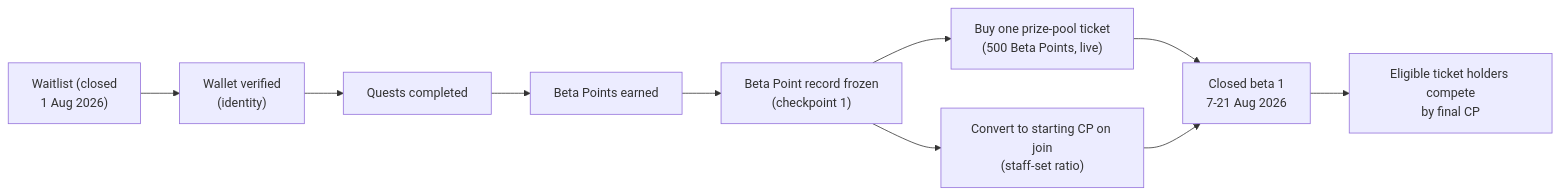
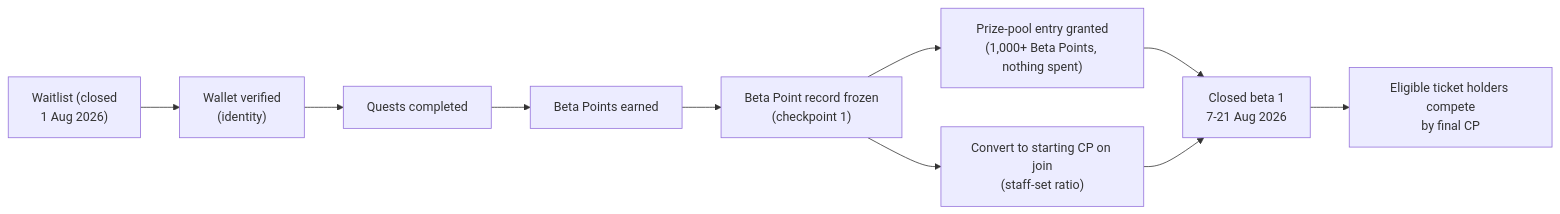
The diagram in docs/waitlist.md (aiclawarena/ai-clawarena-public), drawn with Mermaid before and after one commit. The commit also changed other lines of this file and 2 other files, not shown here.

First line of the commit message:
docs: prize-pool entry is granted at a point threshold, not bought

````diff
--- a/docs/waitlist.md
+++ b/docs/waitlist.md
@@ -30,12 +30,12 @@
 ```mermaid
 flowchart LR
     Join["Waitlist (closed<br/>1 Aug 2026)"] --> Wallet["Wallet verified<br/>(identity)"]
     Wallet --> Quests["Quests completed"]
     Quests --> Points["Beta Points earned"]
     Points --> Freeze["Beta Point record frozen<br/>(checkpoint 1)"]
-    Freeze --> Ticket["Buy one prize-pool ticket<br/>(500 Beta Points, live)"]
+    Freeze --> Ticket["Prize-pool entry granted<br/>(1,000+ Beta Points, nothing spent)"]
     Freeze --> Start["Convert to starting CP on join<br/>(staff-set ratio)"]
     Ticket --> Beta["Closed beta 1<br/>7-21 Aug 2026"]
     Start --> Beta
     Beta --> Pool["Eligible ticket holders compete<br/>by final CP"]
 ```
````
